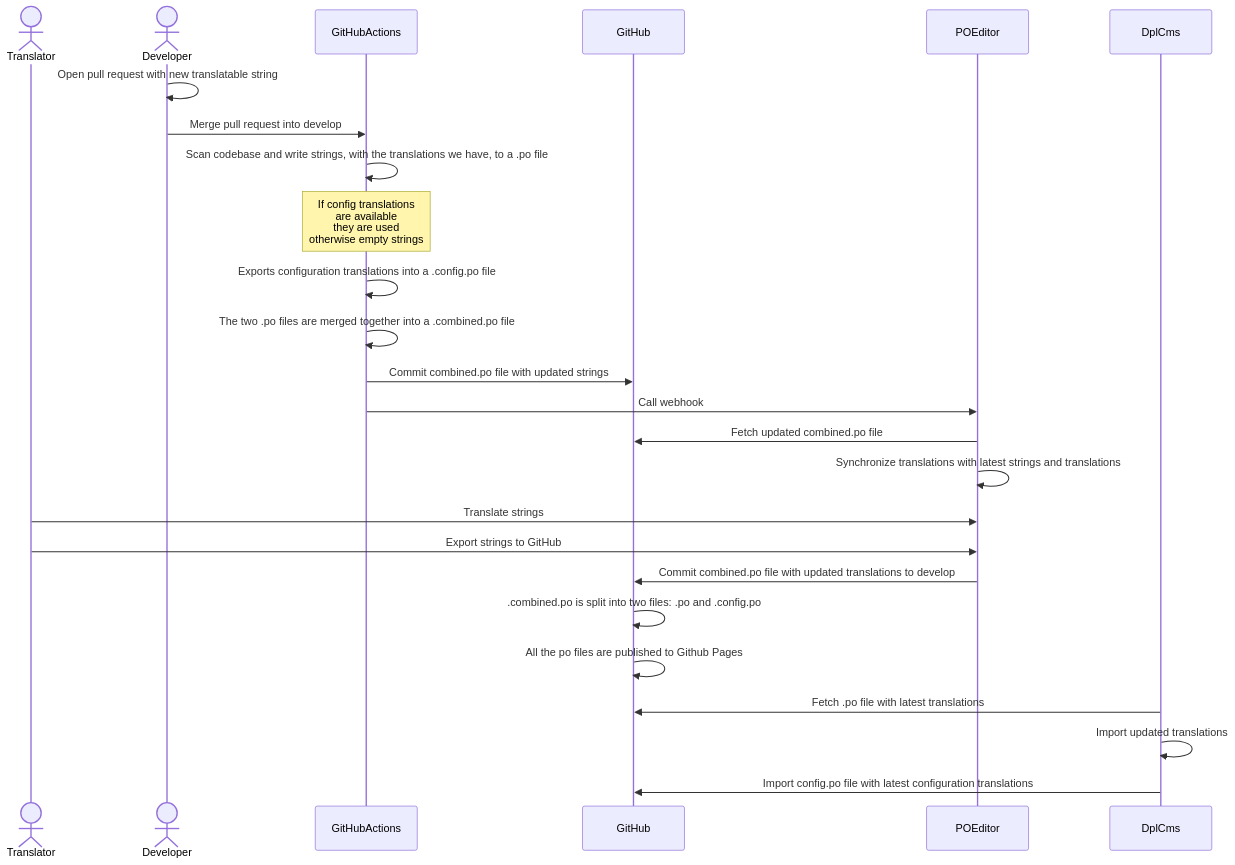
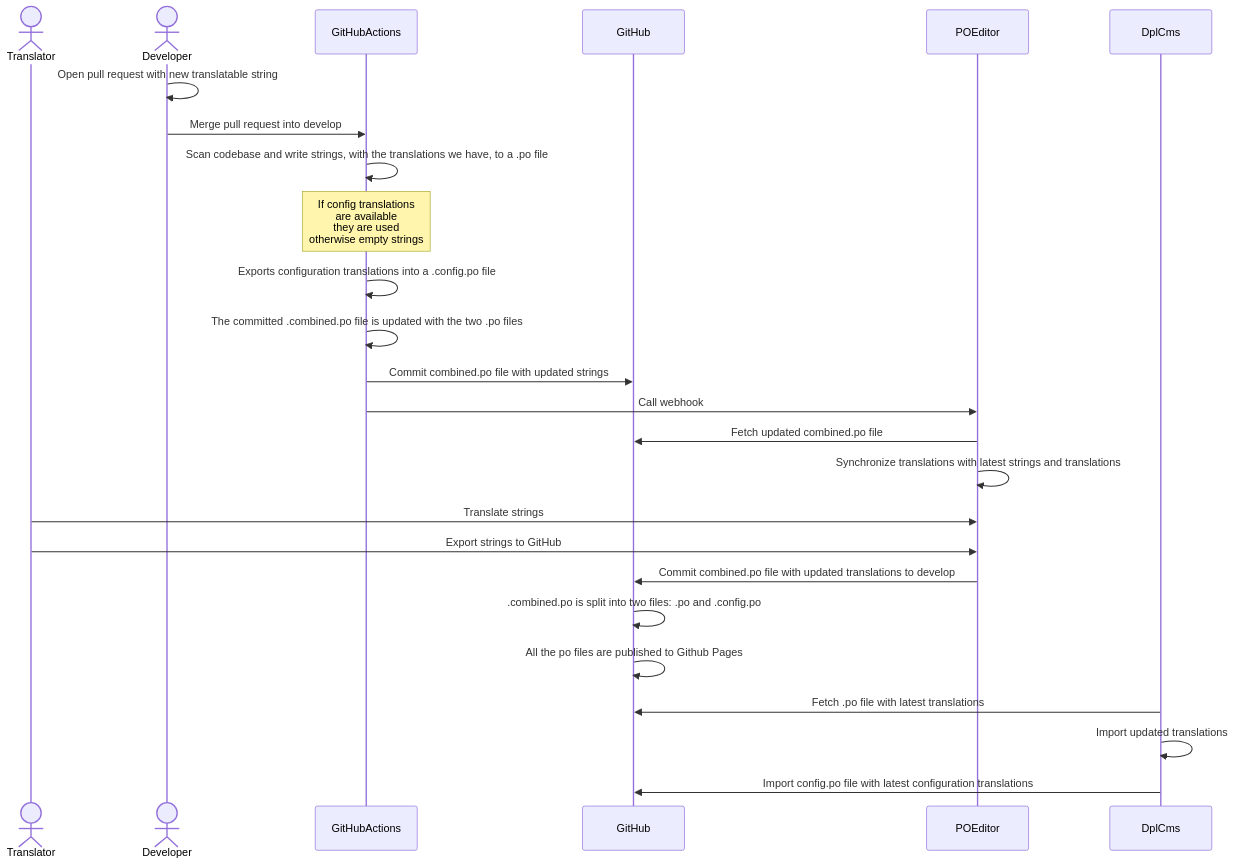
One commit to danskernesdigitalebibliotek/dpl-web changed the diagram in docs/cms/translation.md. Above: the diagram before and after it, drawn with Mermaid. The commit also changed other lines of this file and 11 other files, not shown here.

````diff
--- a/docs/cms/translation.md
+++ b/docs/cms/translation.md
@@ -51,27 +55,27 @@
 ```mermaid
 sequenceDiagram
   Actor Translator
   Actor Developer
   Developer ->> Developer: Open pull request with new translatable string
   Developer ->> GitHubActions: Merge pull request into develop
 %% <!-- markdownlint-disable-next-line MD013 -->
   GitHubActions ->> GitHubActions: Scan codebase and write strings, with the translations we have, to a .po file
 %% <!-- markdownlint-disable-next-line MD013 -->
   Note over GitHubActions,GitHubActions: If config translations<br/>are available<br/>they are used<br/>otherwise empty strings
 %% <!-- markdownlint-disable-next-line MD013 -->
   GitHubActions ->> GitHubActions: Exports configuration translations into a .config.po file
 %% <!-- markdownlint-disable-next-line MD013 -->
-  GitHubActions ->> GitHubActions: The two .po files are merged together into a .combined.po file
+  GitHubActions ->> GitHubActions: The committed .combined.po file is updated with the two .po files
   GitHubActions ->> GitHub: Commit combined.po file with updated strings
   GitHubActions ->> POEditor: Call webhook
   POEditor ->> GitHub: Fetch updated combined.po file
   POEditor ->> POEditor: Synchronize translations with latest strings and translations
   Translator ->> POEditor: Translate strings
   Translator ->> POEditor: Export strings to GitHub
   POEditor ->> GitHub: Commit combined.po file with updated translations to develop
   GitHub ->> GitHub: .combined.po is split into two files: .po and .config.po
   GitHub ->> GitHub: All the po files are published to Github Pages
   DplCms ->> GitHub: Fetch .po file with latest translations
   DplCms ->> DplCms: Import updated translations
   DplCms ->> GitHub: Import config.po file with latest configuration translations
 ```
````
